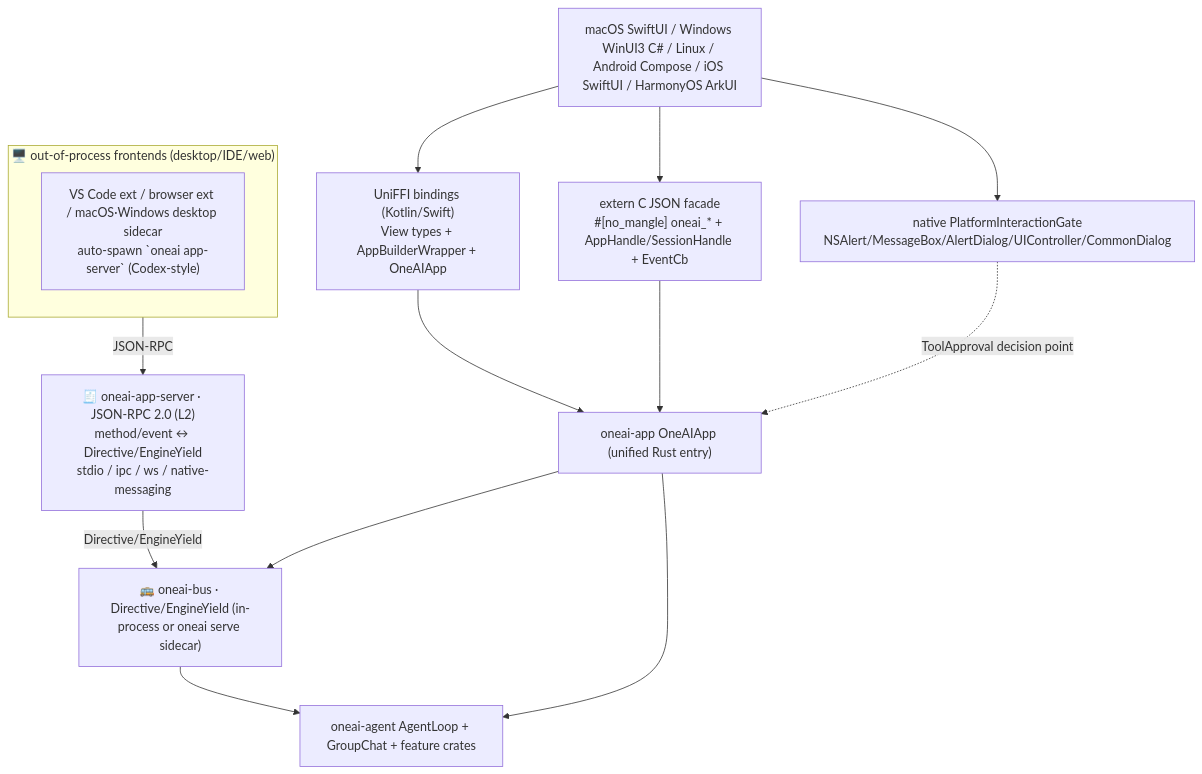
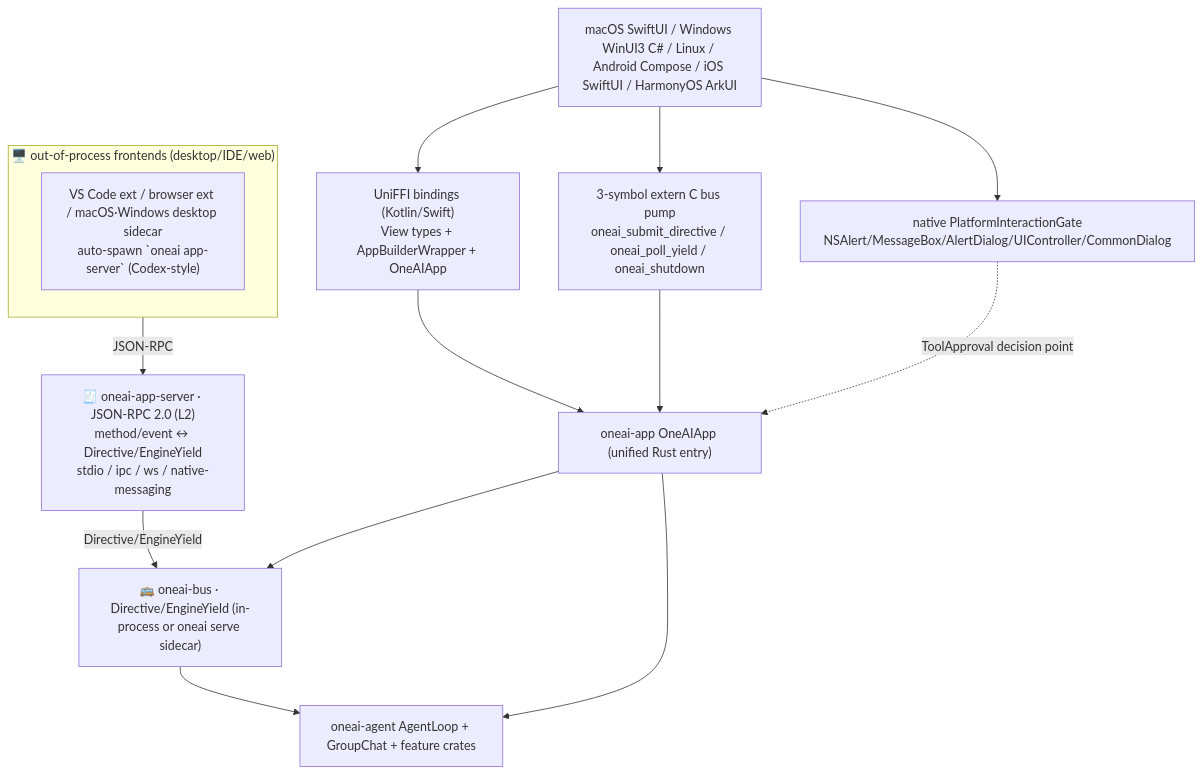
One commit to Marssssss/OneAI changed the diagram in docs/cross-platform-mechanism_EN.md. Above: the diagram before and after it, drawn with Mermaid. The commit also changed other lines of this file and 8 other files, not shown here.

````diff
--- a/docs/cross-platform-mechanism_EN.md
+++ b/docs/cross-platform-mechanism_EN.md
@@ -50,28 +53,28 @@
 ```mermaid
 flowchart TB
     subgraph FE2 ["🖥️ out-of-process frontends (desktop/IDE/web)"]
         direction LR
         Sidecar["VS Code ext / browser ext / macOS·Windows desktop sidecar<br/>auto-spawn `oneai app-server` (Codex-style)"]
     end
     AppServer["🧾 oneai-app-server · JSON-RPC 2.0 (L2)<br/>method/event ↔ Directive/EngineYield<br/>stdio / ipc / ws / native-messaging"]
 
     Native["macOS SwiftUI / Windows WinUI3 C# / Linux / Android Compose / iOS SwiftUI / HarmonyOS ArkUI"]
     Uni["UniFFI bindings (Kotlin/Swift)<br/>View types + AppBuilderWrapper + OneAIApp"]
-    CFacade["extern C JSON facade<br/>#[no_mangle] oneai_* + AppHandle/SessionHandle + EventCb"]
+    CFacade["3-symbol extern C bus pump<br/>oneai_submit_directive / oneai_poll_yield / oneai_shutdown"]
     Bus["🚌 oneai-bus · Directive/EngineYield (in-process or oneai serve sidecar)"]
     App["oneai-app OneAIApp (unified Rust entry)"]
     Engine["oneai-agent AgentLoop + GroupChat + feature crates"]
     Gates["native PlatformInteractionGate<br/>NSAlert/MessageBox/AlertDialog/UIController/CommonDialog"]
 
     Native --> Uni
     Native --> CFacade
     Uni --> App
     CFacade --> App
     App --> Bus
     Sidecar -->|JSON-RPC| AppServer
     AppServer -->|Directive/EngineYield| Bus
     Bus --> Engine
     App --> Engine
     Native --> Gates
     Gates -. ToolApproval decision point .-> App
 ```
````
